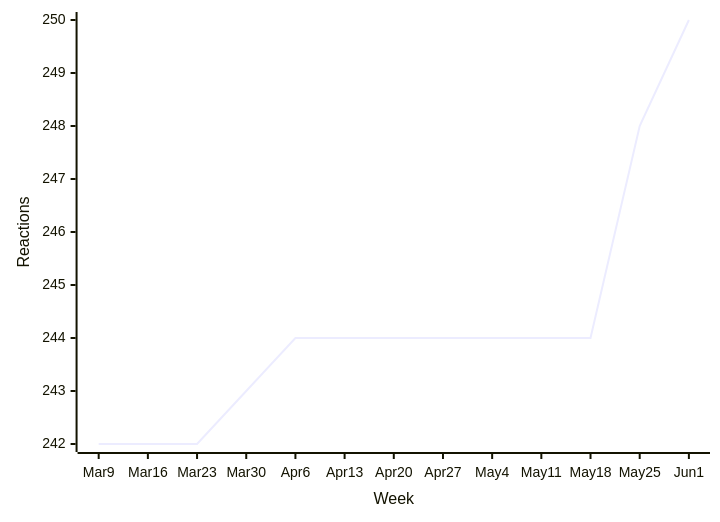
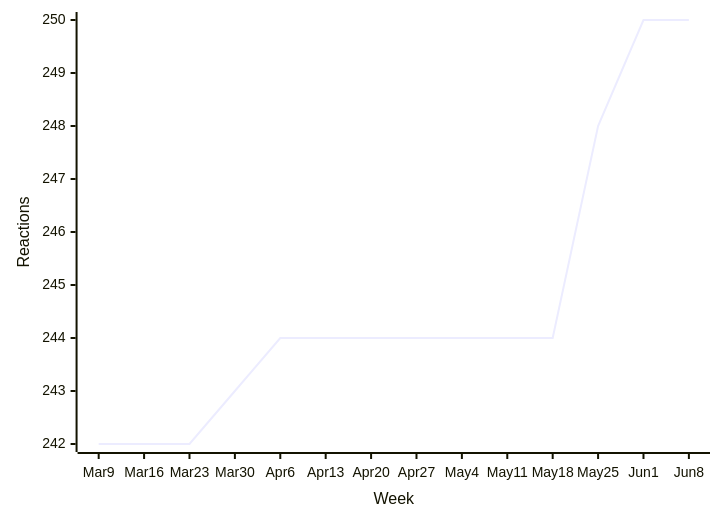
One commit to loic-sharma/github-insights changed diagram 15 of 44 in README.md. Above: the diagram before and after it, drawn with Mermaid. The commit also changed other lines of this file and 3 other files, not shown here.

````diff
--- a/README.md
+++ b/README.md
@@ -577,6 +577,6 @@
   ```mermaid
   xychart-beta
-    x-axis "Week" [Mar 9, Mar 16, Mar 23, Mar 30, Apr 6, Apr 13, Apr 20, Apr 27, May 4, May 11, May 18, May 25, Jun 1]
+    x-axis "Week" [Mar 9, Mar 16, Mar 23, Mar 30, Apr 6, Apr 13, Apr 20, Apr 27, May 4, May 11, May 18, May 25, Jun 1, Jun 8]
     y-axis "Reactions"
-    line [242, 242, 242, 243, 244, 244, 244, 244, 244, 244, 244, 248, 250]
+    line [242, 242, 242, 243, 244, 244, 244, 244, 244, 244, 244, 248, 250, 250]
   ```
````
